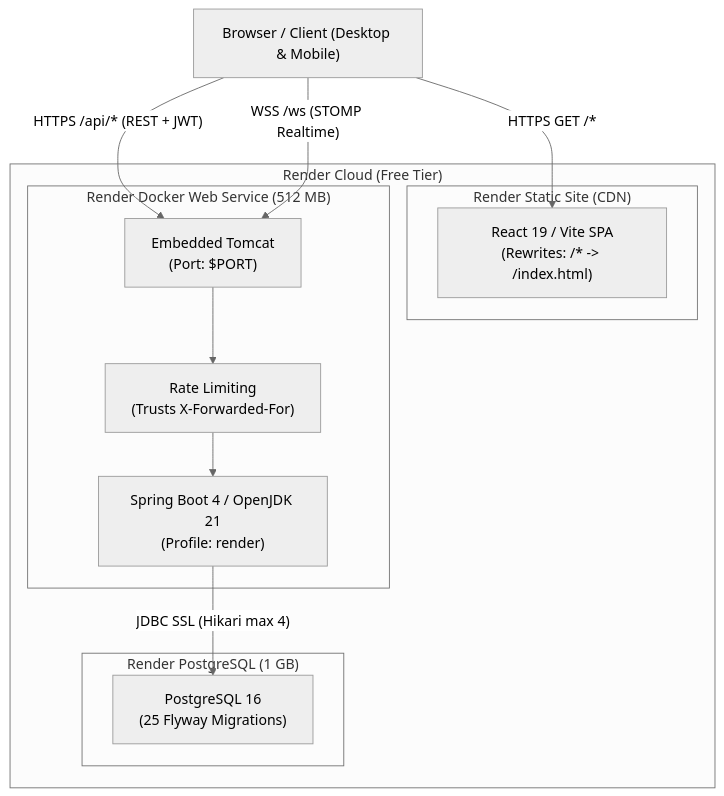
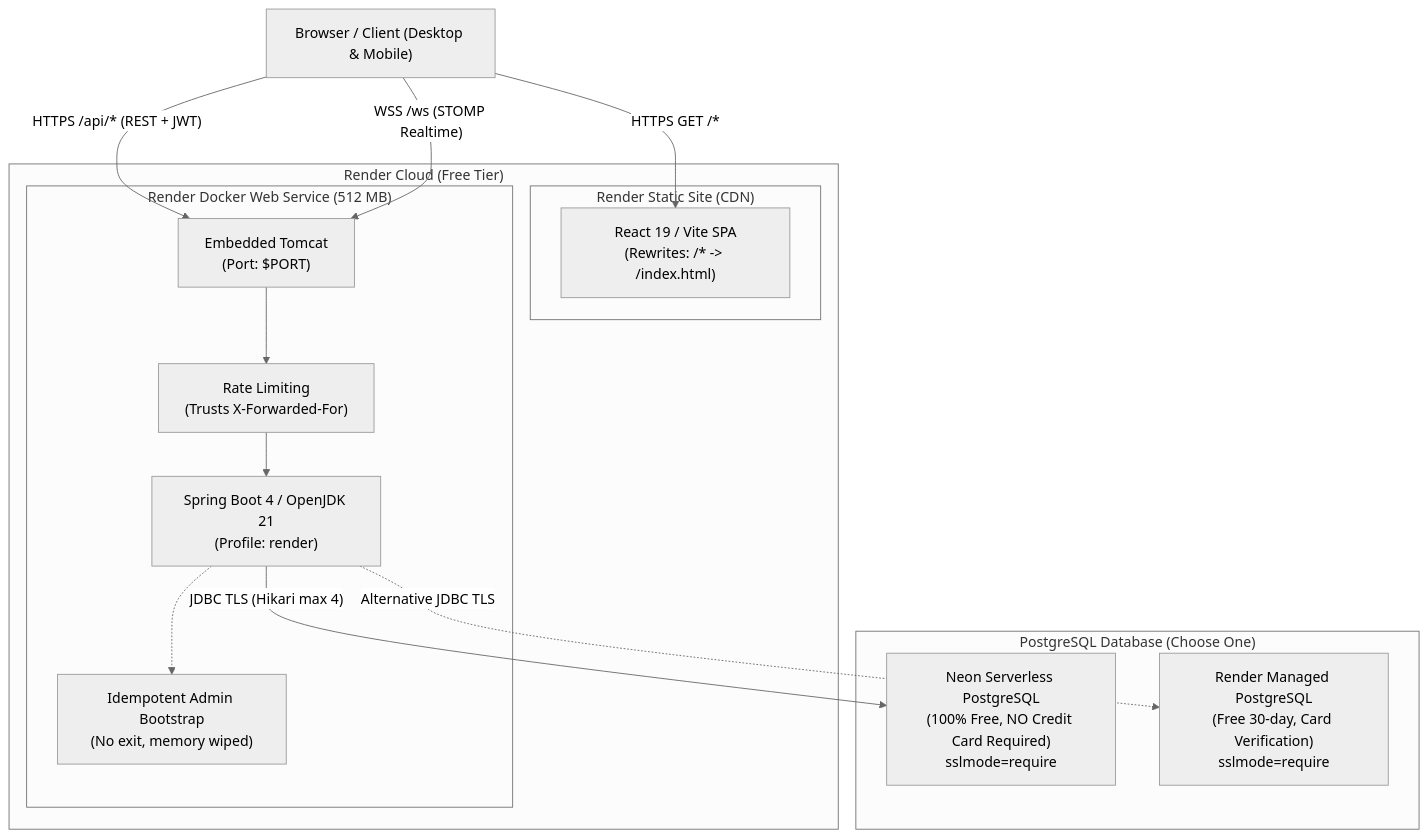
Before and after one commit to Vibhushan-2003/flowdesk: the diagram in docs/deployment/RENDER_DEPLOYMENT_GUIDE.md, drawn with Mermaid (neutral theme). The commit also changed other lines of this file and 9 other files, not shown here.

Commit message:
fix(render): idempotent non-exiting admin bootstrap, blocked SMTP ports documentation, and Neon DB support

````diff
--- a/docs/deployment/RENDER_DEPLOYMENT_GUIDE.md
+++ b/docs/deployment/RENDER_DEPLOYMENT_GUIDE.md
@@ -31,26 +32,30 @@
 ```mermaid
 flowchart TD
     Client["Browser / Client (Desktop & Mobile)"]
     
     subgraph Render["Render Cloud (Free Tier)"]
         subgraph StaticSite["Render Static Site (CDN)"]
             Frontend["React 19 / Vite SPA\n(Rewrites: /* -> /index.html)"]
         end
         
         subgraph WebService["Render Docker Web Service (512 MB)"]
             Tomcat["Embedded Tomcat\n(Port: $PORT)"]
             SpringApp["Spring Boot 4 / OpenJDK 21\n(Profile: render)"]
             RateLimit["Rate Limiting\n(Trusts X-Forwarded-For)"]
+            AdminBoot["Idempotent Admin Bootstrap\n(No exit, memory wiped)"]
             Tomcat --> RateLimit --> SpringApp
+            SpringApp -.-> AdminBoot
         end
-        
-        subgraph Database["Render PostgreSQL (1 GB)"]
-            PG["PostgreSQL 16\n(25 Flyway Migrations)"]
-        end
+    end
+
+    subgraph DatabaseOptions["PostgreSQL Database (Choose One)"]
+        Neon["Neon Serverless PostgreSQL\n(100% Free, NO Credit Card Required)\nsslmode=require"]
+        RenderPG["Render Managed PostgreSQL\n(Free 30-day, Card Verification)\nsslmode=require"]
     end
 
     Client -->|"HTTPS GET /*"| Frontend
     Client -->|"HTTPS /api/* (REST + JWT)"| Tomcat
     Client -->|"WSS /ws (STOMP Realtime)"| Tomcat
-    SpringApp -->|"JDBC SSL (Hikari max 4)"| PG
+    SpringApp -->|"JDBC TLS (Hikari max 4)"| Neon
+    SpringApp -.->|"Alternative JDBC TLS"| RenderPG
 ```
````
